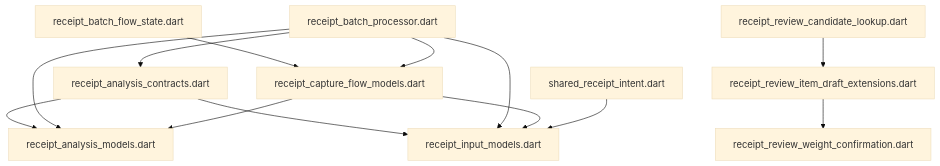
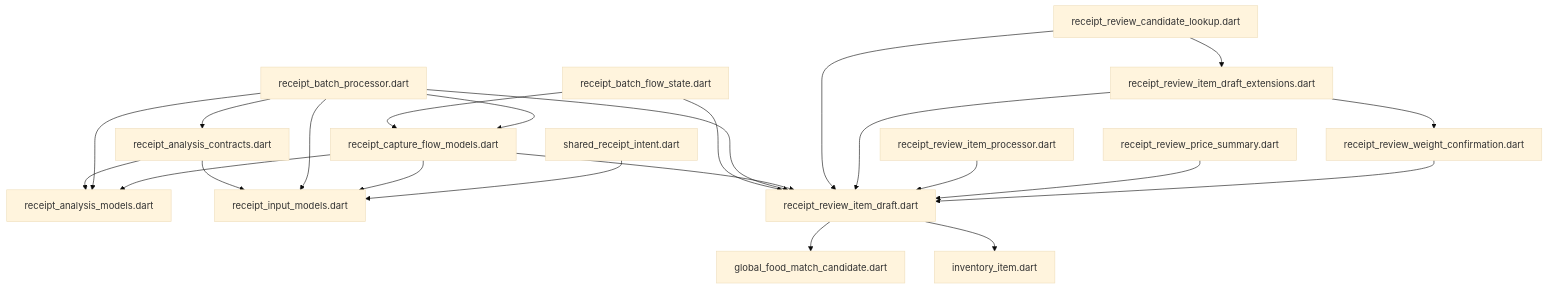
One commit to repinw/yamt changed the diagram in lib/features/scanner/domain/DEPS.md. Above: the diagram before and after it, drawn with Mermaid (base theme). The commit also changed 44 other files, not shown here.

````diff
--- a/lib/features/scanner/domain/DEPS.md
+++ b/lib/features/scanner/domain/DEPS.md
@@ -6,15 +6,25 @@
 ```mermaid
 flowchart TD;
 receipt_analysis_contracts.dart-->receipt_analysis_models.dart;
 receipt_analysis_contracts.dart-->receipt_input_models.dart;
 receipt_batch_flow_state.dart-->receipt_capture_flow_models.dart;
+receipt_batch_flow_state.dart-->receipt_review_item_draft.dart;
 receipt_batch_processor.dart-->receipt_analysis_contracts.dart;
 receipt_batch_processor.dart-->receipt_analysis_models.dart;
 receipt_batch_processor.dart-->receipt_capture_flow_models.dart;
 receipt_batch_processor.dart-->receipt_input_models.dart;
+receipt_batch_processor.dart-->receipt_review_item_draft.dart;
 receipt_capture_flow_models.dart-->receipt_analysis_models.dart;
 receipt_capture_flow_models.dart-->receipt_input_models.dart;
+receipt_capture_flow_models.dart-->receipt_review_item_draft.dart;
+receipt_review_candidate_lookup.dart-->receipt_review_item_draft.dart;
 receipt_review_candidate_lookup.dart-->receipt_review_item_draft_extensions.dart;
+receipt_review_item_draft.dart-->global_food_match_candidate.dart;
+receipt_review_item_draft.dart-->inventory_item.dart;
+receipt_review_item_draft_extensions.dart-->receipt_review_item_draft.dart;
 receipt_review_item_draft_extensions.dart-->receipt_review_weight_confirmation.dart;
+receipt_review_item_processor.dart-->receipt_review_item_draft.dart;
+receipt_review_price_summary.dart-->receipt_review_item_draft.dart;
+receipt_review_weight_confirmation.dart-->receipt_review_item_draft.dart;
 shared_receipt_intent.dart-->receipt_input_models.dart;
 ```
````
